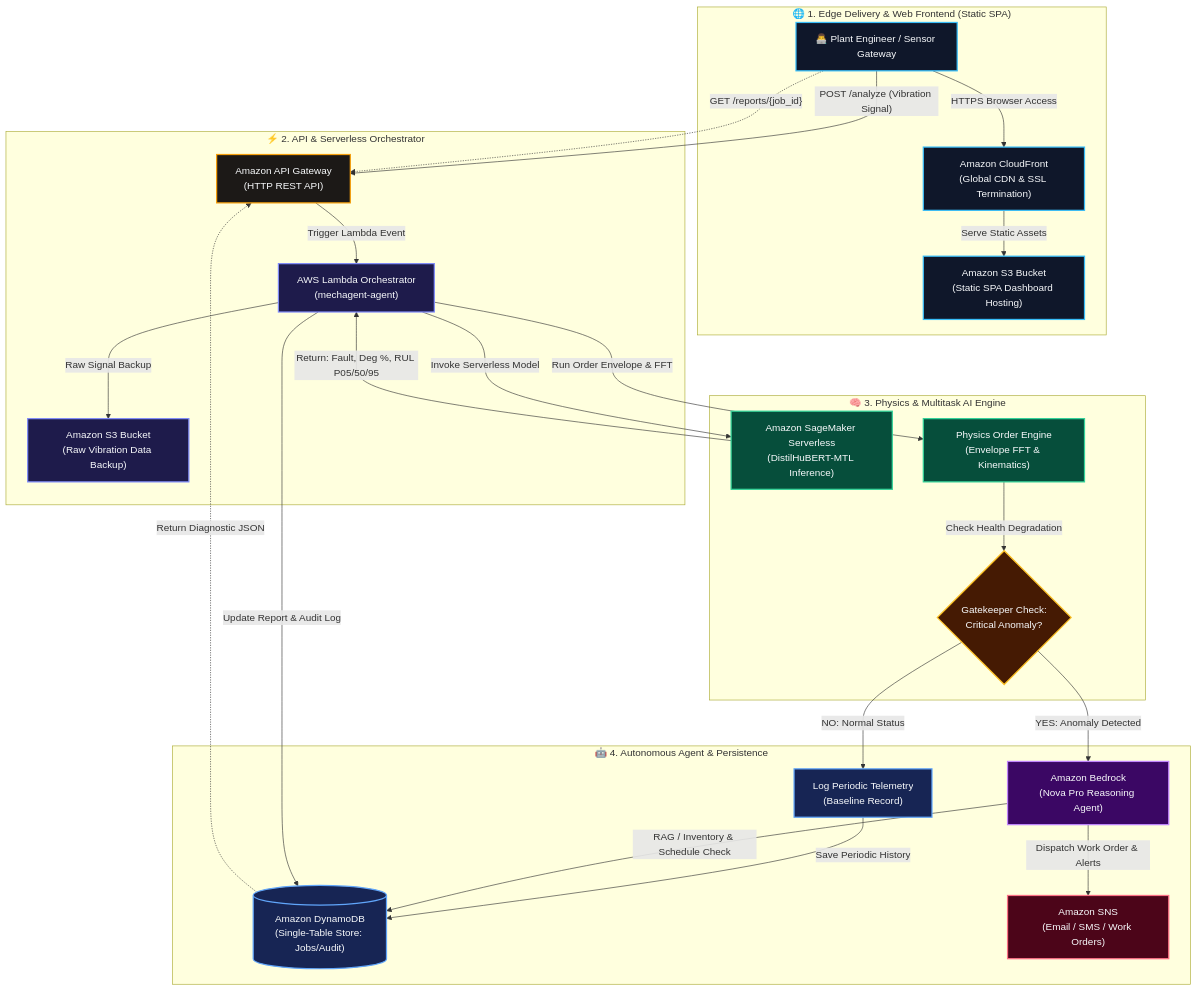
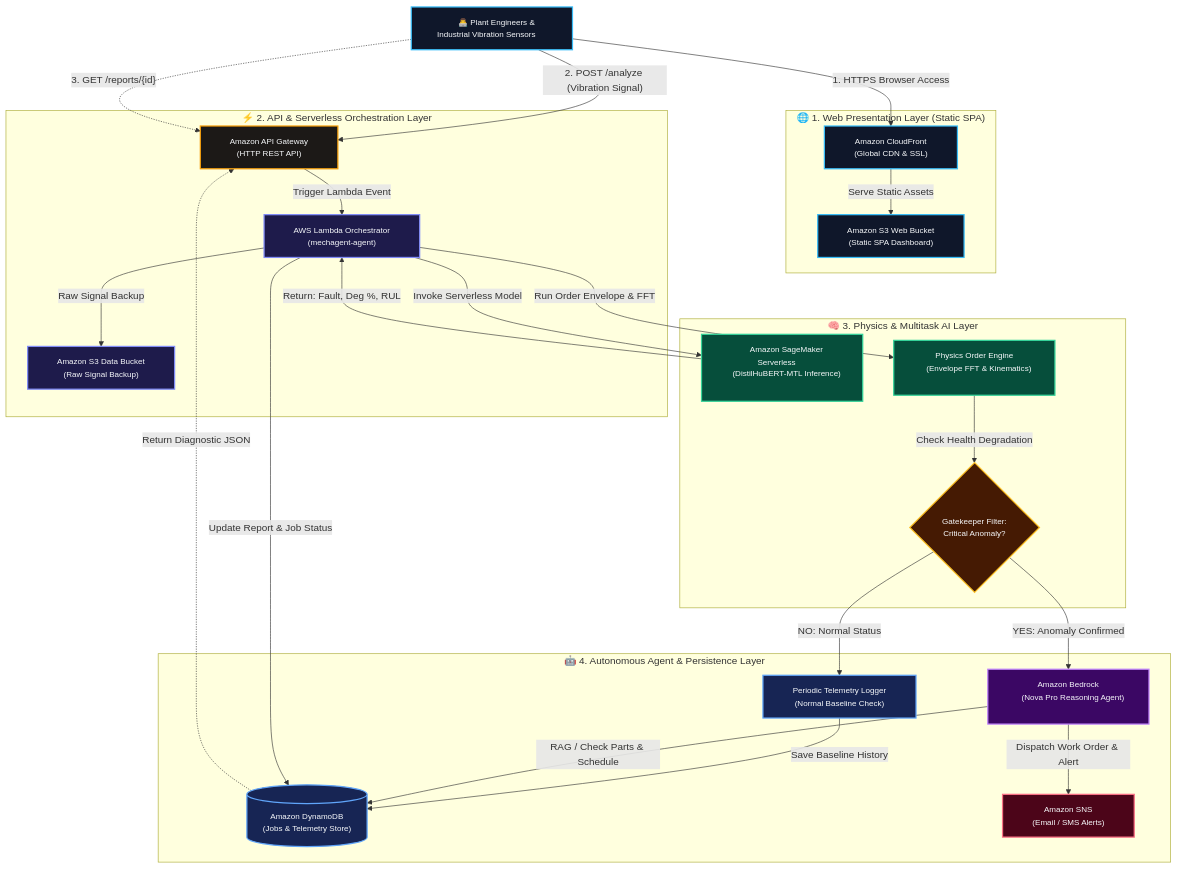
Before and after one commit to AungMoonLord/Predictive-Maintenance-Using-Vibration-Data: the diagram in PRESENTATION.md, drawn with Mermaid.

Commit message:
fix: widen mermaid diagram nodes with padding and explicit font size to eliminate text clipping

````diff
--- a/PRESENTATION.md
+++ b/PRESENTATION.md
@@ -70,75 +70,74 @@
 ```mermaid
 flowchart TD
-    %% 1. Edge Delivery & Web Frontend
-    subgraph ClientLayer ["🌐 1. Edge Delivery & Web Frontend (Static SPA)"]
-        User["👨‍💻 Plant Engineer / Sensor Gateway"]
-        CF["Amazon CloudFront<br/>(Global CDN & SSL Termination)"]
-        S3Web["Amazon S3 Bucket<br/>(Static SPA Dashboard Hosting)"]
+    %% Top Level Client
+    User["&nbsp;&nbsp;&nbsp;&nbsp; 👨‍💻 Plant Engineers & Industrial Vibration Sensors &nbsp;&nbsp;&nbsp;&nbsp;"]
+
+    %% Parallel Subgraphs
+    subgraph FrontendGroup ["&nbsp;&nbsp; 🌐 1. Web Presentation Layer (Static SPA) &nbsp;&nbsp;"]
+        CF["&nbsp;&nbsp;&nbsp;&nbsp; Amazon CloudFront &nbsp;&nbsp;&nbsp;&nbsp;<br/>&nbsp;&nbsp;&nbsp;&nbsp; (Global CDN & SSL) &nbsp;&nbsp;&nbsp;&nbsp;"]
+        S3Web["&nbsp;&nbsp;&nbsp;&nbsp; Amazon S3 Web Bucket &nbsp;&nbsp;&nbsp;&nbsp;<br/>&nbsp;&nbsp;&nbsp;&nbsp; (Static SPA Dashboard) &nbsp;&nbsp;&nbsp;&nbsp;"]
     end
 
-    %% 2. API & Serverless Orchestration
-    subgraph ComputeLayer ["⚡ 2. API & Serverless Orchestrator"]
-        APIGW["Amazon API Gateway<br/>(HTTP REST API)"]
-        Lambda["AWS Lambda Orchestrator<br/>(mechagent-agent)"]
-        S3Data["Amazon S3 Bucket<br/>(Raw Vibration Data Backup)"]
+    subgraph IngestionGroup ["&nbsp;&nbsp; ⚡ 2. API & Serverless Orchestration Layer &nbsp;&nbsp;"]
+        APIGW["&nbsp;&nbsp;&nbsp;&nbsp; Amazon API Gateway &nbsp;&nbsp;&nbsp;&nbsp;<br/>&nbsp;&nbsp;&nbsp;&nbsp; (HTTP REST API) &nbsp;&nbsp;&nbsp;&nbsp;"]
+        Lambda["&nbsp;&nbsp;&nbsp;&nbsp; AWS Lambda Orchestrator &nbsp;&nbsp;&nbsp;&nbsp;<br/>&nbsp;&nbsp;&nbsp;&nbsp; (mechagent-agent) &nbsp;&nbsp;&nbsp;&nbsp;"]
+        S3Data["&nbsp;&nbsp;&nbsp;&nbsp; Amazon S3 Data Bucket &nbsp;&nbsp;&nbsp;&nbsp;<br/>&nbsp;&nbsp;&nbsp;&nbsp; (Raw Signal Backup) &nbsp;&nbsp;&nbsp;&nbsp;"]
     end
 
-    %% 3. Physics & Multitask AI
-    subgraph AIEngineLayer ["🧠 3. Physics & Multitask AI Engine"]
-        SM["Amazon SageMaker Serverless<br/>(DistilHuBERT-MTL Inference)"]
-        Physics["Physics Order Engine<br/>(Envelope FFT & Kinematics)"]
-        Gate{"Gatekeeper Check:<br/>Critical Anomaly?"}
+    subgraph IntelligenceGroup ["&nbsp;&nbsp; 🧠 3. Physics & Multitask AI Layer &nbsp;&nbsp;"]
+        SM["&nbsp;&nbsp;&nbsp;&nbsp; Amazon SageMaker Serverless &nbsp;&nbsp;&nbsp;&nbsp;<br/>&nbsp;&nbsp;&nbsp;&nbsp; (DistilHuBERT-MTL Inference) &nbsp;&nbsp;&nbsp;&nbsp;"]
+        Physics["&nbsp;&nbsp;&nbsp;&nbsp; Physics Order Engine &nbsp;&nbsp;&nbsp;&nbsp;<br/>&nbsp;&nbsp;&nbsp;&nbsp; (Envelope FFT & Kinematics) &nbsp;&nbsp;&nbsp;&nbsp;"]
+        Gate{"&nbsp;&nbsp;&nbsp;&nbsp; Gatekeeper Filter: &nbsp;&nbsp;&nbsp;&nbsp;<br/>&nbsp;&nbsp;&nbsp;&nbsp; Critical Anomaly? &nbsp;&nbsp;&nbsp;&nbsp;"}
     end
 
-    %% 4. Autonomous Agent & Persistence
-    subgraph GenAILayer ["🤖 4. Autonomous Agent & Persistence"]
-        Bedrock["Amazon Bedrock<br/>(Nova Pro Reasoning Agent)"]
-        DDB[("Amazon DynamoDB<br/>(Single-Table Store: Jobs/Audit)")]
-        SNS["Amazon SNS<br/>(Email / SMS / Work Orders)"]
-        SaveNormal["Log Periodic Telemetry<br/>(Baseline Record)"]
+    subgraph StorageAgentGroup ["&nbsp;&nbsp; 🤖 4. Autonomous Agent & Persistence Layer &nbsp;&nbsp;"]
+        Bedrock["&nbsp;&nbsp;&nbsp;&nbsp; Amazon Bedrock &nbsp;&nbsp;&nbsp;&nbsp;<br/>&nbsp;&nbsp;&nbsp;&nbsp; (Nova Pro Reasoning Agent) &nbsp;&nbsp;&nbsp;&nbsp;"]
+        DDB[("&nbsp;&nbsp;&nbsp;&nbsp; Amazon DynamoDB &nbsp;&nbsp;&nbsp;&nbsp;<br/>&nbsp;&nbsp;&nbsp;&nbsp; (Jobs & Telemetry Store) &nbsp;&nbsp;&nbsp;&nbsp;")]
+        SNS["&nbsp;&nbsp;&nbsp;&nbsp; Amazon SNS &nbsp;&nbsp;&nbsp;&nbsp;<br/>&nbsp;&nbsp;&nbsp;&nbsp; (Email / SMS Alerts) &nbsp;&nbsp;&nbsp;&nbsp;"]
+        SaveNormal["&nbsp;&nbsp;&nbsp;&nbsp; Periodic Telemetry Logger &nbsp;&nbsp;&nbsp;&nbsp;<br/>&nbsp;&nbsp;&nbsp;&nbsp; (Normal Baseline Check) &nbsp;&nbsp;&nbsp;&nbsp;"]
     end
 
-    %% Data Flow Connections
-    User -->|"HTTPS Browser Access"| CF
+    %% Edge Connections
+    User -->|"1. HTTPS Browser Access"| CF
     CF -->|"Serve Static Assets"| S3Web
 
-    User -->|"POST /analyze (Vibration Signal)"| APIGW
+    User -->|"2. POST /analyze (Vibration Signal)"| APIGW
     APIGW -->|"Trigger Lambda Event"| Lambda
 
     Lambda -->|"Raw Signal Backup"| S3Data
     Lambda -->|"Invoke Serverless Model"| SM
-    SM -->|"Return: Fault, Deg %, RUL P05/50/95"| Lambda
+    SM -->|"Return: Fault, Deg %, RUL"| Lambda
 
     Lambda -->|"Run Order Envelope & FFT"| Physics
     Physics -->|"Check Health Degradation"| Gate
 
-    Gate -->|"YES: Anomaly Detected"| Bedrock
+    Gate -->|"YES: Anomaly Confirmed"| Bedrock
     Gate -->|"NO: Normal Status"| SaveNormal
-    SaveNormal -->|"Save Periodic History"| DDB
+    SaveNormal -->|"Save Baseline History"| DDB
 
-    Bedrock -->|"RAG / Inventory & Schedule Check"| DDB
-    Bedrock -->|"Dispatch Work Order & Alerts"| SNS
-    Lambda -->|"Update Report & Audit Log"| DDB
+    Bedrock -->|"RAG / Check Parts & Schedule"| DDB
+    Bedrock -->|"Dispatch Work Order & Alert"| SNS
+    Lambda -->|"Update Report & Job Status"| DDB
 
-    User -.->|"GET /reports/{job_id}"| APIGW
+    User -.->|"3. GET /reports/{id}"| APIGW
     DDB -.->|"Return Diagnostic JSON"| APIGW
 
-    %% Styling & Color Palettes
-    classDef edgeStyle fill:#0F172A,stroke:#38BDF8,stroke-width:2px,color:#F8FAFC;
-    classDef apiStyle fill:#1C1917,stroke:#F59E0B,stroke-width:2px,color:#F8FAFC;
-    classDef computeStyle fill:#1E1B4B,stroke:#818CF8,stroke-width:2px,color:#F8FAFC;
-    classDef aiStyle fill:#064E3B,stroke:#34D399,stroke-width:2px,color:#F8FAFC;
-    classDef gateStyle fill:#451A03,stroke:#FBBF24,stroke-width:2px,color:#F8FAFC;
-    classDef bedrockStyle fill:#3B0764,stroke:#C084FC,stroke-width:2px,color:#F8FAFC;
-    classDef ddbStyle fill:#172554,stroke:#60A5FA,stroke-width:2px,color:#F8FAFC;
-    classDef alertStyle fill:#4C0519,stroke:#FB7185,stroke-width:2px,color:#F8FAFC;
+    %% Styling & Colors with 13px font to prevent clipping
+    classDef edgeStyle fill:#0F172A,stroke:#38BDF8,stroke-width:2px,color:#F8FAFC,font-size:13px;
+    classDef apiStyle fill:#1C1917,stroke:#F59E0B,stroke-width:2px,color:#F8FAFC,font-size:13px;
+    classDef computeStyle fill:#1E1B4B,stroke:#818CF8,stroke-width:2px,color:#F8FAFC,font-size:13px;
+    classDef aiStyle fill:#064E3B,stroke:#34D399,stroke-width:2px,color:#F8FAFC,font-size:13px;
+    classDef gateStyle fill:#451A03,stroke:#FBBF24,stroke-width:2px,color:#F8FAFC,font-size:13px;
+    classDef bedrockStyle fill:#3B0764,stroke:#C084FC,stroke-width:2px,color:#F8FAFC,font-size:13px;
+    classDef ddbStyle fill:#172554,stroke:#60A5FA,stroke-width:2px,color:#F8FAFC,font-size:13px;
+    classDef alertStyle fill:#4C0519,stroke:#FB7185,stroke-width:2px,color:#F8FAFC,font-size:13px;
 
     class User,CF,S3Web edgeStyle;
     class APIGW apiStyle;
     class Lambda,S3Data computeStyle;
     class SM,Physics aiStyle;
     class Gate gateStyle;
     class Bedrock bedrockStyle;
     class DDB,SaveNormal ddbStyle;
     class SNS alertStyle;
 ```
````
